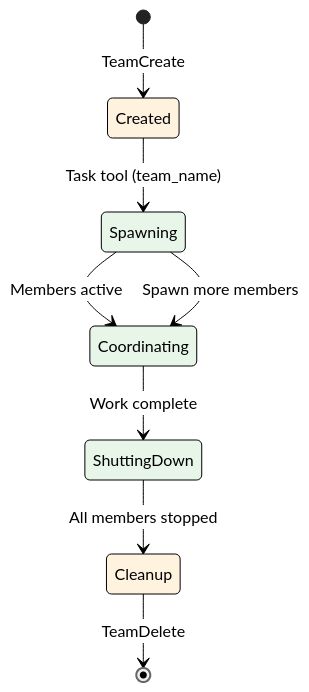
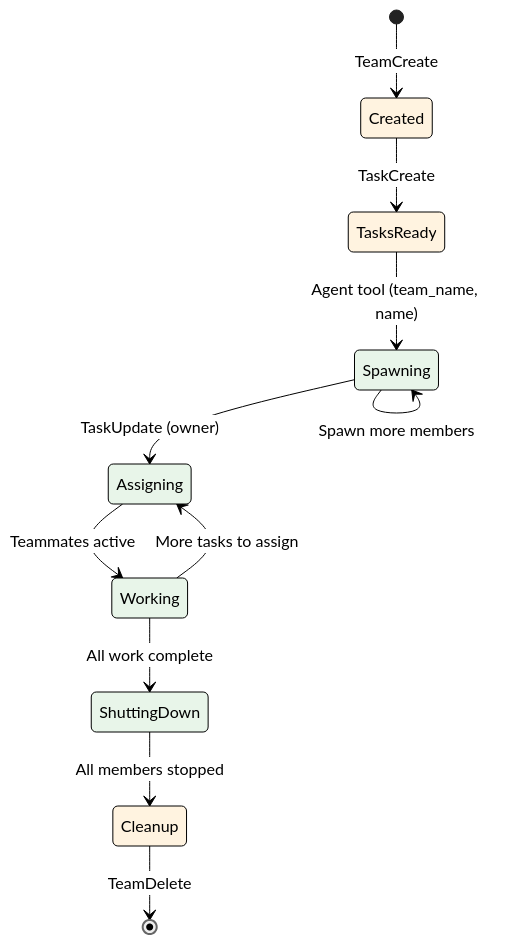
One commit to sequenzia/agent-alchemy changed the diagram in claude/claude-tools/skills/claude-code-teams/SKILL.md. Above: the diagram before and after it, drawn with Mermaid (neutral theme). The commit also changed other lines of this file and 1 other file, not shown here.

First line of the commit message:
docs(claude-code-teams): align with API-verified team management reference

````diff
--- a/claude/claude-tools/skills/claude-code-teams/SKILL.md
+++ b/claude/claude-tools/skills/claude-code-teams/SKILL.md
@@ -60,15 +56,18 @@
 ```mermaid
 stateDiagram-v2
     [*] --> Created: TeamCreate
-    Created --> Spawning: Task tool (team_name)
-    Spawning --> Coordinating: Members active
-    Spawning --> Coordinating: Spawn more members
-    Coordinating --> ShuttingDown: Work complete
+    Created --> TasksReady: TaskCreate
+    TasksReady --> Spawning: Agent tool (team_name, name)
+    Spawning --> Assigning: TaskUpdate (owner)
+    Spawning --> Spawning: Spawn more members
+    Assigning --> Working: Teammates active
+    Working --> Assigning: More tasks to assign
+    Working --> ShuttingDown: All work complete
     ShuttingDown --> Cleanup: All members stopped
     Cleanup --> [*]: TeamDelete
 
     classDef active fill:#e8f5e9,color:#000
     classDef transition fill:#fff3e0,color:#000
-    class Created,Cleanup transition
-    class Spawning,Coordinating,ShuttingDown active
+    class Created,TasksReady,Cleanup transition
+    class Spawning,Assigning,Working,ShuttingDown active
 ```
````
